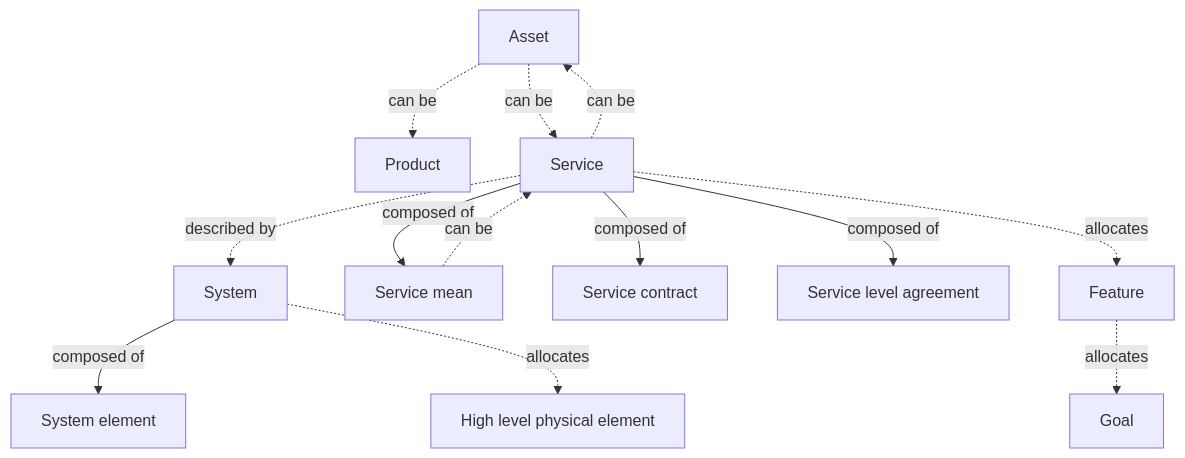
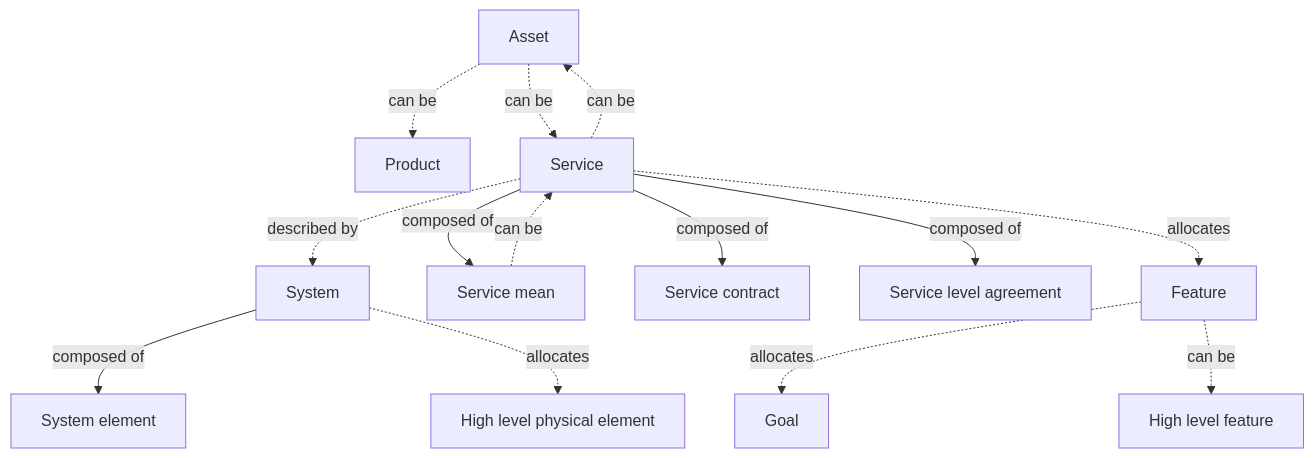
The seventh of 9 diagrams in glossary.md (3se-framework/3se-onto), drawn with Mermaid before and after one commit. The commit also changed other lines of this file, not shown here.

````diff
--- a/glossary.md
+++ b/glossary.md
@@ -2564,27 +2697,29 @@
 ```mermaid
 flowchart TD
     N1["Asset"]
     N2["Product"]
     N3["Service"]
     N4["Feature"]
     N5["Goal"]
-    N6["Service mean"]
-    N7["Service contract"]
-    N8["Service level agreement"]
-    N9["System"]
-    N10["System element"]
-    N11["High level physical element"]
+    N6["High level feature"]
+    N7["Service mean"]
+    N8["Service contract"]
+    N9["Service level agreement"]
+    N10["System"]
+    N11["System element"]
+    N12["High level physical element"]
 
     N1 -.->|can be| N2
     N1 -.->|can be| N3
     N4 -.->|allocates| N5
-    N3 -->|composed of| N6
+    N4 -.->|can be| N6
     N3 -->|composed of| N7
     N3 -->|composed of| N8
-    N3 -.->|described by| N9
+    N3 -->|composed of| N9
+    N3 -.->|described by| N10
     N3 -.->|allocates| N4
     N3 -.->|can be| N1
-    N6 -.->|can be| N3
-    N9 -->|composed of| N10
-    N9 -.->|allocates| N11
+    N7 -.->|can be| N3
+    N10 -->|composed of| N11
+    N10 -.->|allocates| N12
 ```
````
